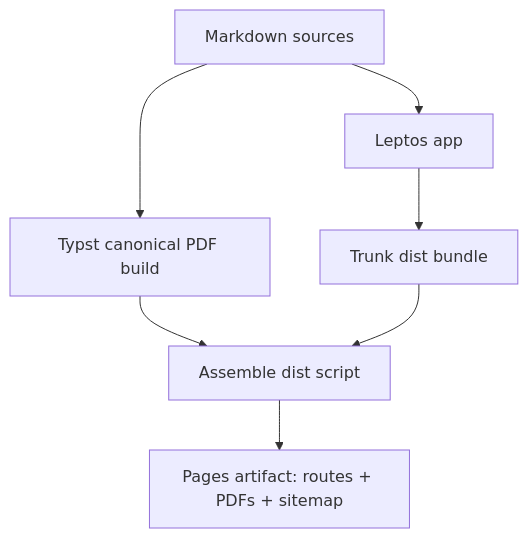
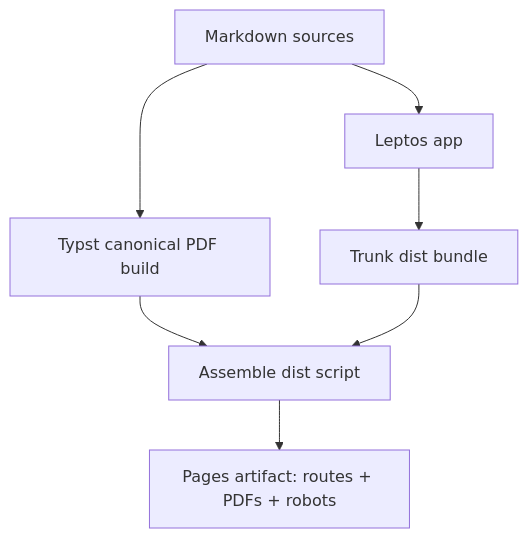
Before and after one commit to qqrm/CV: the diagram in DOCS/diagrams/CV_GENERATION.MMD, drawn with Mermaid. The commit also changed 13 other files, not shown here.

```diff
--- a/DOCS/diagrams/CV_GENERATION.MMD
+++ b/DOCS/diagrams/CV_GENERATION.MMD
@@ -1,7 +1,7 @@
 flowchart TD
     A[Markdown sources] --> B[Typst canonical PDF build]
     A --> C[Leptos app]
     C --> D[Trunk dist bundle]
     B --> E[Assemble dist script]
     D --> E
-    E --> F[Pages artifact: routes + PDFs + sitemap]
+    E --> F[Pages artifact: routes + PDFs + robots]
```
